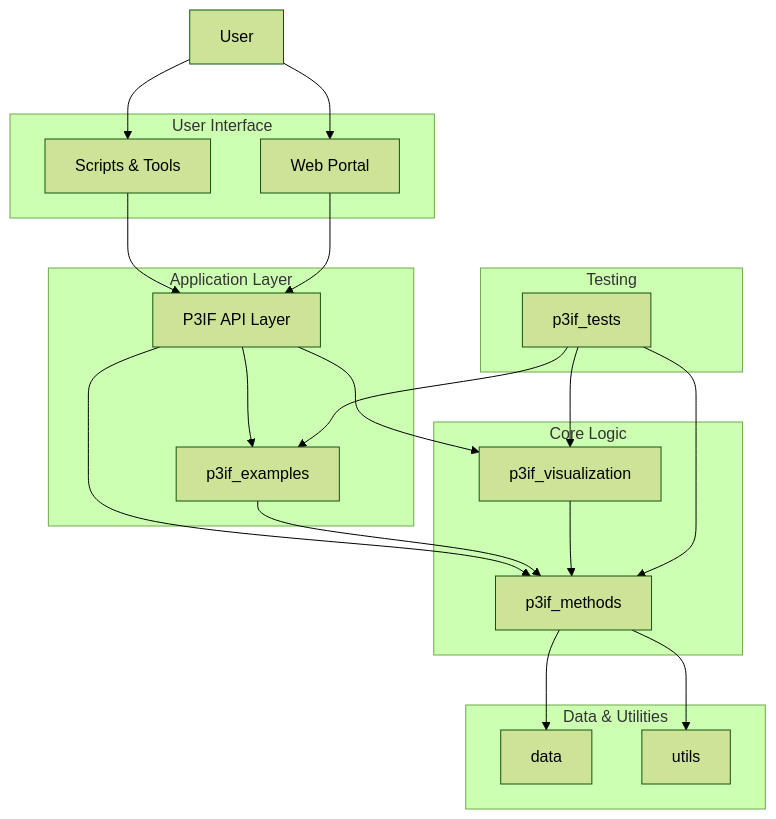
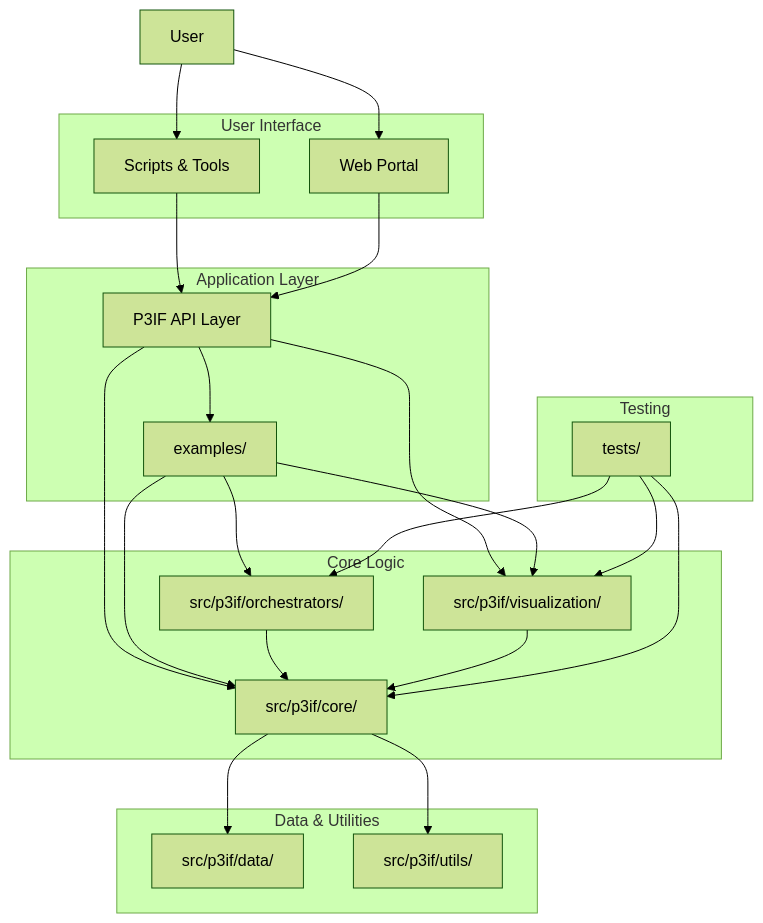
The diagram in README.md (docxology/p3if), drawn with Mermaid (forest theme) before and after one commit. The commit also changed other lines of this file and 787 other files, not shown here.

````diff
--- a/README.md
+++ b/README.md
@@ -32,44 +32,49 @@
 ```mermaid
 graph TD
     subgraph "User Interface"
         CLI[Scripts & Tools]
         Portal[Web Portal]
     end
 
     subgraph "Application Layer"
         API[P3IF API Layer]
-        Examples[p3if_examples]
+        Examples[examples/]
     end
 
     subgraph "Core Logic"
-        Methods[p3if_methods]
-        Visualization[p3if_visualization]
+        Core[src/p3if/core/]
+        Viz[src/p3if/visualization/]
+        Orch[src/p3if/orchestrators/]
     end
 
     subgraph "Data & Utilities"
-        Data[data]
-        Utils[utils]
+        Data[src/p3if/data/]
+        Utils[src/p3if/utils/]
     end
 
     subgraph "Testing"
-        Tests[p3if_tests]
+        Tests[tests/]
     end
 
     User --> CLI
     User --> Portal
     CLI --> API
     Portal --> API
-    
+
     API --> Examples
-    API --> Methods
-    API --> Visualization
+    API --> Core
+    API --> Viz
 
-    Examples --> Methods
-    Visualization --> Methods
-    Methods --> Data
-    Methods --> Utils
-    
-    Tests --> Methods
-    Tests --> Visualization
-    Tests --> Examples
+    Examples --> Core
+    Examples --> Orch
+    Examples --> Viz
+
+    Orch --> Core
+    Viz --> Core
+    Core --> Data
+    Core --> Utils
+
+    Tests --> Core
+    Tests --> Viz
+    Tests --> Orch
 ```
````
